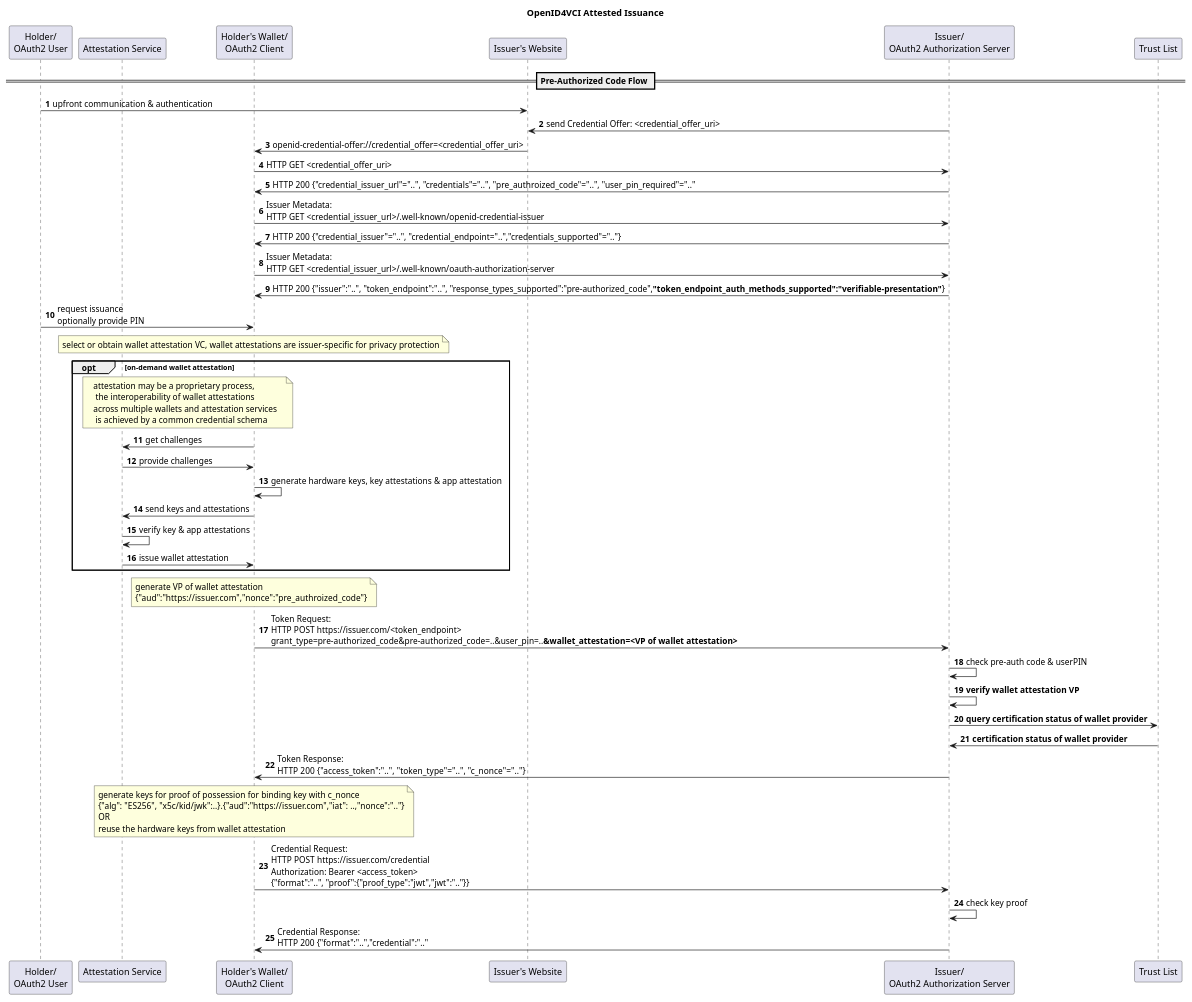
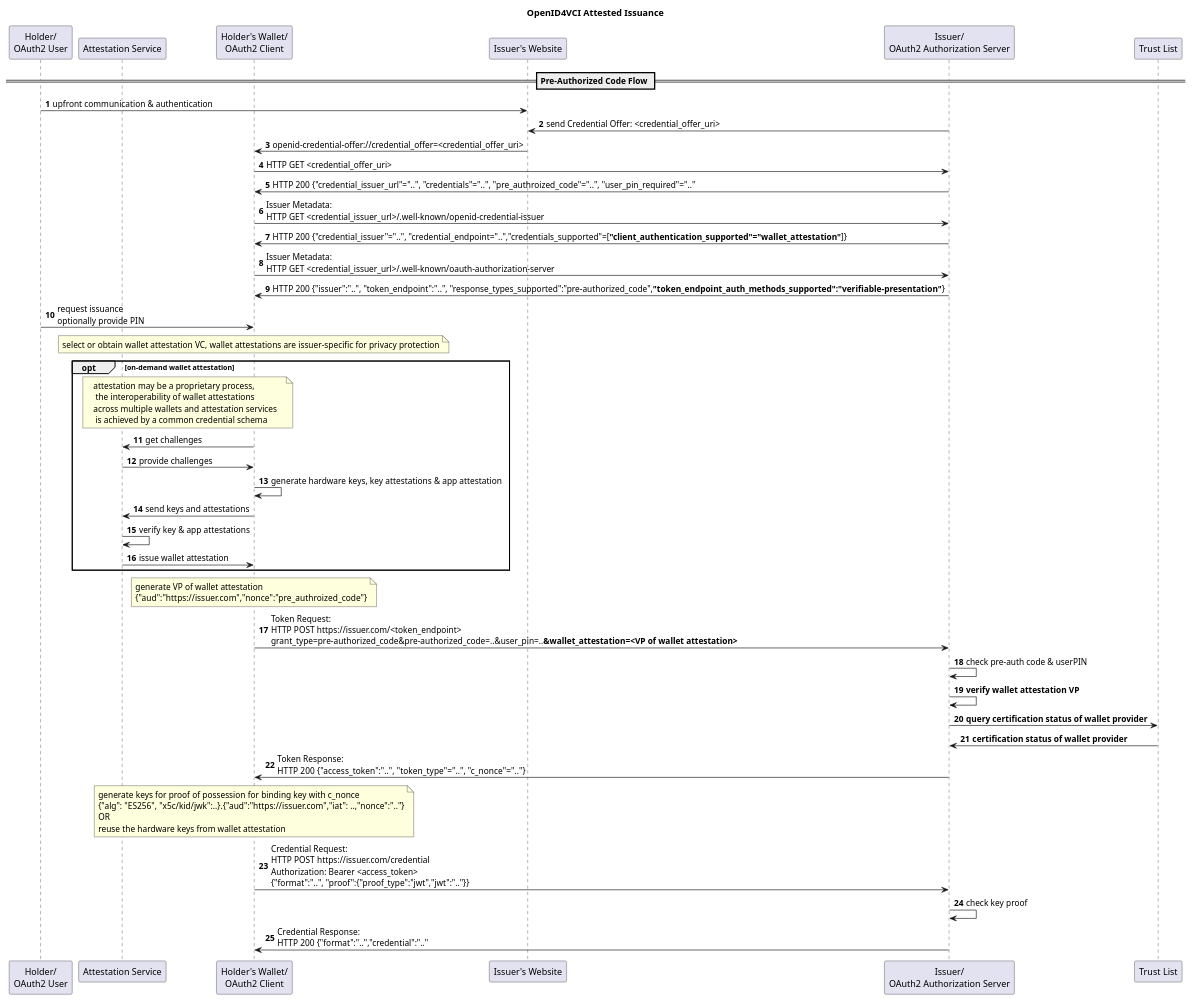
Before and after one commit to IDunion/hackathon: the diagram in Attestation/issuance_flow.puml, drawn with PlantUML. The commit also changed 7 other files, not shown here.

```diff
--- a/Attestation/issuance_flow.puml
+++ b/Attestation/issuance_flow.puml
@@ -1,57 +1,57 @@
 @startuml
 'https://plantuml.com/sequence-diagram
 
 title OpenID4VCI Attested Issuance
 
 autonumber
 
 participant u as "Holder/\nOAuth2 User"
 participant a as "Attestation Service"
 participant w as "Holder's Wallet/\nOAuth2 Client"
 participant b as "Issuer's Website"
 participant i as "Issuer/\nOAuth2 Authorization Server"
 participant t as "Trust List"
 
 == Pre-Authorized Code Flow ==
 u -> b : upfront communication & authentication
 
 i -> b : send Credential Offer: <credential_offer_uri>
 b -> w : openid-credential-offer://credential_offer=<credential_offer_uri>
 
 w -> i : HTTP GET <credential_offer_uri>
 i -> w : HTTP 200 {"credential_issuer_url"="..", "credentials"="..", "pre_authroized_code"="..", "user_pin_required"=".."
 
 w -> i : Issuer Metadata:\nHTTP GET <credential_issuer_url>/.well-known/openid-credential-issuer
-i -> w : HTTP 200 {"credential_issuer"="..", "credential_endpoint="..","credentials_supported"=".."}
+i -> w : HTTP 200 {"credential_issuer"="..", "credential_endpoint="..","credentials_supported"=[**"client_authentication_supported"="wallet_attestation"**]}
 
 w -> i : Issuer Metadata:\nHTTP GET <credential_issuer_url>/.well-known/oauth-authorization-server
 i -> w : HTTP 200 {"issuer":"..", "token_endpoint":"..", "response_types_supported":"pre-authorized_code",**"token_endpoint_auth_methods_supported":"verifiable-presentation"**}
 
 u -> w : request issuance\noptionally provide PIN
 
 note over w: select or obtain wallet attestation VC, wallet attestations are issuer-specific for privacy protection
 opt on-demand wallet attestation
 note over w,a: attestation may be a proprietary process,\n the interoperability of wallet attestations\nacross multiple wallets and attestation services\n is achieved by a common credential schema
 w -> a : get challenges
 a -> w : provide challenges
 w -> w : generate hardware keys, key attestations & app attestation
 w -> a : send keys and attestations
 a -> a : verify key & app attestations
 a -> w : issue wallet attestation
 end
 
 note over w : generate VP of wallet attestation\n{"aud":"https://issuer.com","nonce":"pre_authroized_code"}
 
 w -> i : Token Request:\nHTTP POST https://issuer.com/<token_endpoint>\ngrant_type=pre-authorized_code&pre-authorized_code=..&user_pin=..**&wallet_attestation=<VP of wallet attestation>**
 i -> i : check pre-auth code & userPIN
 i -> i : **verify wallet attestation VP**
 i -> t : **query certification status of wallet provider**
 t -> i : **certification status of wallet provider**
 i -> w : Token Response:\nHTTP 200  {"access_token":"..", "token_type"="..", "c_nonce"=".."}
 
 note over w : generate keys for proof of possession for binding key with c_nonce\n{"alg": "ES256", "x5c/kid/jwk":..}.{"aud":"https://issuer.com","iat": ..,"nonce":".."}\nOR\nreuse the hardware keys from wallet attestation
 w -> i : Credential Request:\nHTTP POST https://issuer.com/credential\nAuthorization: Bearer <access_token>\n{"format":"..", "proof":{"proof_type":"jwt","jwt":".."}}
 i -> i : check key proof
 i -> w : Credential Response:\nHTTP 200 {"format":"..","credential":".."
 
 @enduml
```
